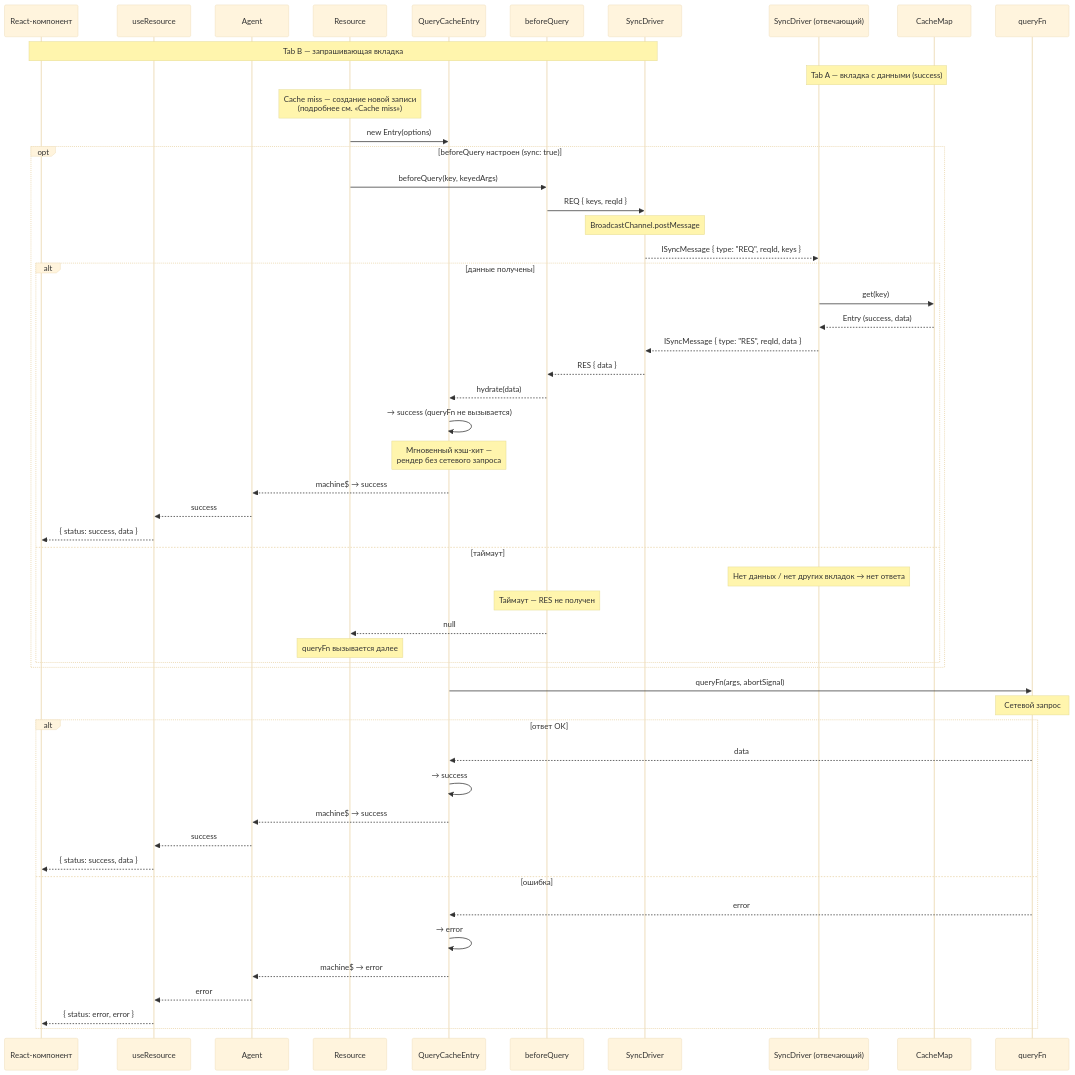
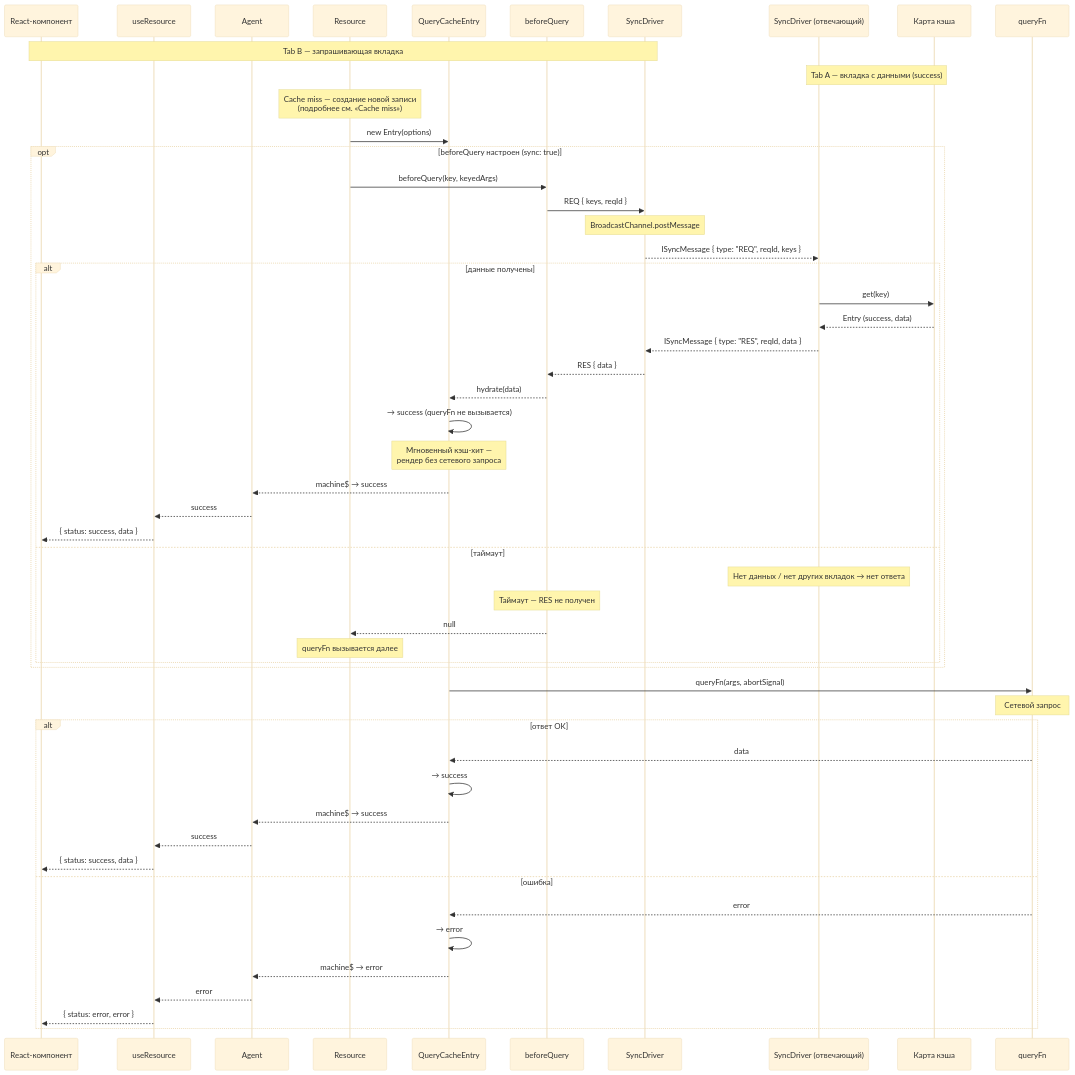
One commit to fozy-labs/rx-toolkit changed the tenth of 10 diagrams in docs/query/concepts/dataflows.md. Above: the diagram before and after it, drawn with Mermaid (base theme). The commit also changed other lines of this file and 6 other files, not shown here.

First line of the commit message:
refactor(query): drop ICacheMap type and CacheMap naming from cache surface

````diff
--- a/docs/query/concepts/dataflows.md
+++ b/docs/query/concepts/dataflows.md
@@ -397,61 +397,61 @@
 ```mermaid
 sequenceDiagram
     participant UI as React-компонент
     participant Hook as useResource
     participant Agent as Agent
     participant Res as Resource
     participant Entry as QueryCacheEntry
     participant BQ as beforeQuery
     participant Sync as SyncDriver
     participant Sync2 as SyncDriver (отвечающий)
-    participant Cache2 as CacheMap
+    participant Cache2 as Карта кэша
     participant Query as queryFn
 
     Note over UI, Sync: Tab B — запрашивающая вкладка
     Note over Sync2, Cache2: Tab A — вкладка с данными (success)
 
     Note over Res: Cache miss — создание новой записи<br/>(подробнее см. «Cache miss»)
     Res->>Entry: new Entry(options)
 
     opt beforeQuery настроен (sync: true)
         Res->>BQ: beforeQuery(key, keyedArgs)
         BQ->>Sync: REQ { keys, reqId }
         Note over Sync: BroadcastChannel.postMessage
         Sync-->>Sync2: ISyncMessage { type: "REQ", reqId, keys }
 
         alt данные получены
             Sync2->>Cache2: get(key)
             Cache2-->>Sync2: Entry (success, data)
             Sync2-->>Sync: ISyncMessage { type: "RES", reqId, data }
             Sync-->>BQ: RES { data }
             BQ-->>Entry: hydrate(data)
             Entry->>Entry: → success (queryFn не вызывается)
             Note over Entry: Мгновенный кэш-хит —<br/>рендер без сетевого запроса
             Entry-->>Agent: machine$ → success
             Agent-->>Hook: success
             Hook-->>UI: { status: success, data }
         else таймаут
             Note over Sync2: Нет данных / нет других вкладок → нет ответа
             Note over BQ: Таймаут — RES не получен
             BQ-->>Res: null
             Note over Res: queryFn вызывается далее
         end
     end
 
     Entry->>Query: queryFn(args, abortSignal)
     Note over Query: Сетевой запрос
 
     alt ответ OK
         Query-->>Entry: data
         Entry->>Entry: → success
         Entry-->>Agent: machine$ → success
         Agent-->>Hook: success
         Hook-->>UI: { status: success, data }
     else ошибка
         Query-->>Entry: error
         Entry->>Entry: → error
         Entry-->>Agent: machine$ → error
         Agent-->>Hook: error
         Hook-->>UI: { status: error, error }
     end
 ```
````
